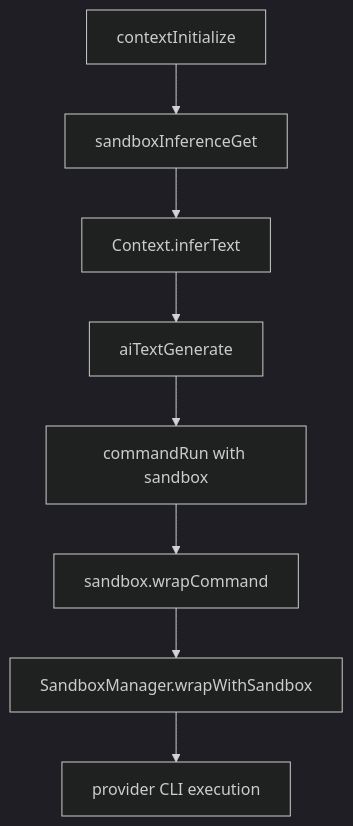
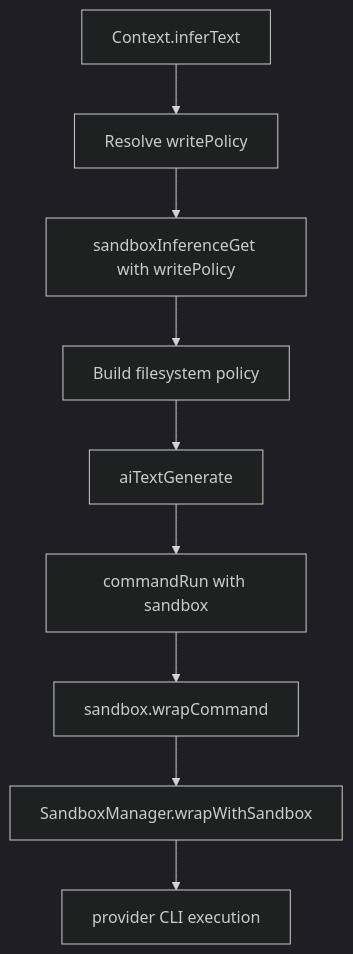
Before and after one commit to ex3ndr/holdmybeer: the diagram in doc/inference-sandbox.md, drawn with Mermaid (dark theme). The commit also changed other lines of this file and 20 other files, not shown here.

Commit message:
feat: bootstrap holdmybeer flow

````diff
--- a/doc/inference-sandbox.md
+++ b/doc/inference-sandbox.md
@@ -14,10 +16,11 @@
 ```mermaid
 flowchart TD
-  A[contextInitialize] --> B[sandboxInferenceGet]
-  B --> C[Context.inferText]
-  C --> D[aiTextGenerate]
-  D --> E[commandRun with sandbox]
-  E --> F[sandbox.wrapCommand]
-  F --> G[SandboxManager.wrapWithSandbox]
-  G --> H[provider CLI execution]
+  A[Context.inferText] --> B[Resolve writePolicy]
+  B --> C[sandboxInferenceGet with writePolicy]
+  C --> D[Build filesystem policy]
+  D --> E[aiTextGenerate]
+  E --> F[commandRun with sandbox]
+  F --> G[sandbox.wrapCommand]
+  G --> H[SandboxManager.wrapWithSandbox]
+  H --> I[provider CLI execution]
 ```
````
